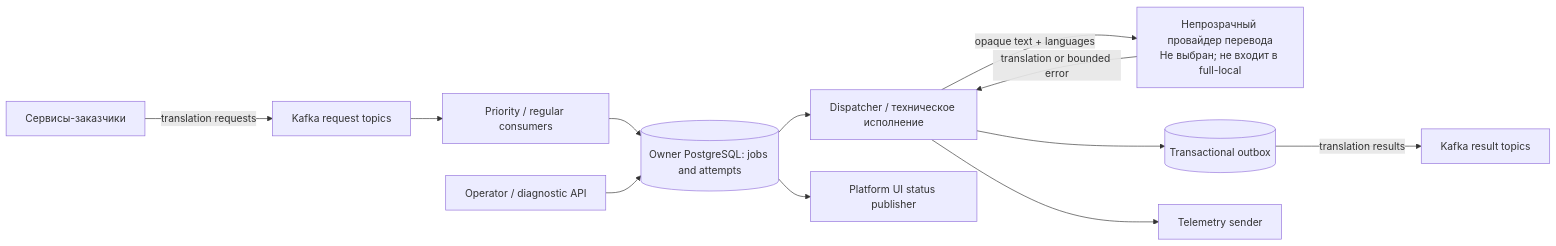
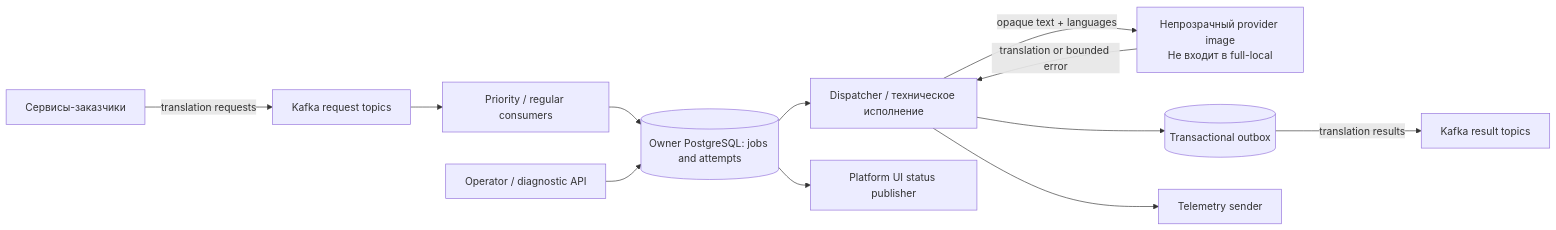
The diagram in translator-service/architecture.mmd (sapogov1978/AELEV-platform-infrastructure), drawn with Mermaid before and after one commit. The commit also changed 24 other files, not shown here.

```diff
--- a/translator-service/architecture.mmd
+++ b/translator-service/architecture.mmd
@@ -1,12 +1,12 @@
 flowchart LR
     Requesters["Сервисы-заказчики"] -->|translation requests| KafkaIn["Kafka request topics"]
     KafkaIn --> Consumer["Priority / regular consumers"]
     Consumer --> Jobs[("Owner PostgreSQL: jobs and attempts")]
     Jobs --> Worker["Dispatcher / техническое исполнение"]
-    Worker -->|opaque text + languages| Provider["Непрозрачный провайдер перевода<br/>Не выбран; не входит в full-local"]
+    Worker -->|opaque text + languages| Provider["Непрозрачный provider image<br/>Не входит в full-local"]
     Provider -->|translation or bounded error| Worker
     Worker --> Outbox[("Transactional outbox")]
     Outbox -->|translation results| KafkaOut["Kafka result topics"]
     API["Operator / diagnostic API"] --> Jobs
     Jobs --> Status["Platform UI status publisher"]
     Worker --> Telemetry["Telemetry sender"]
```
